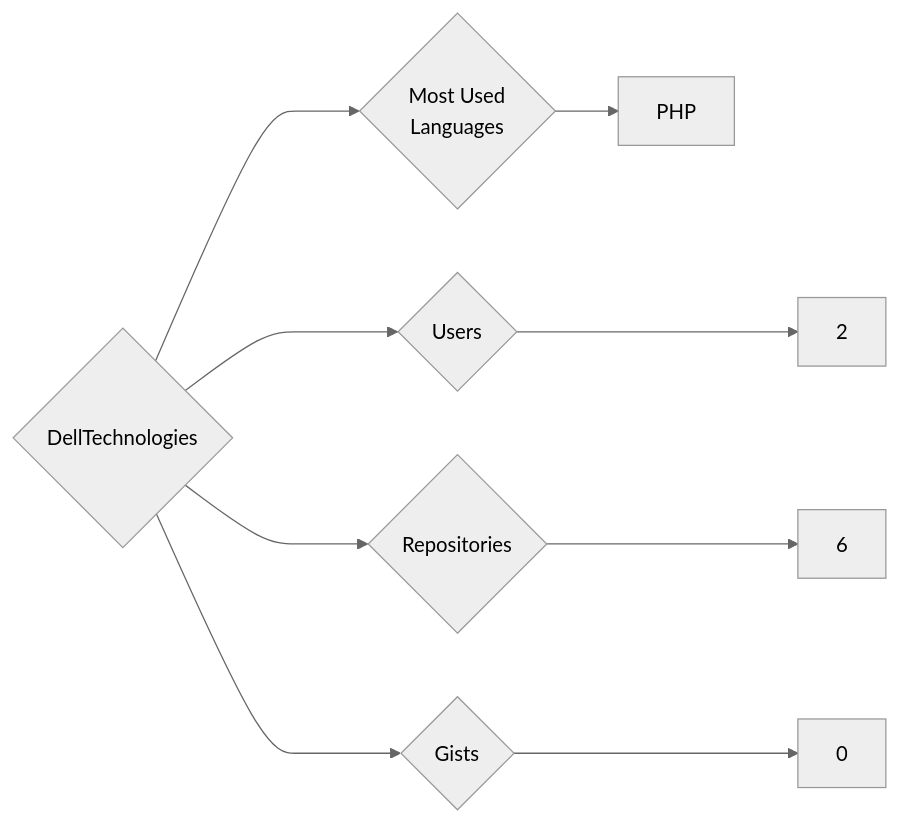
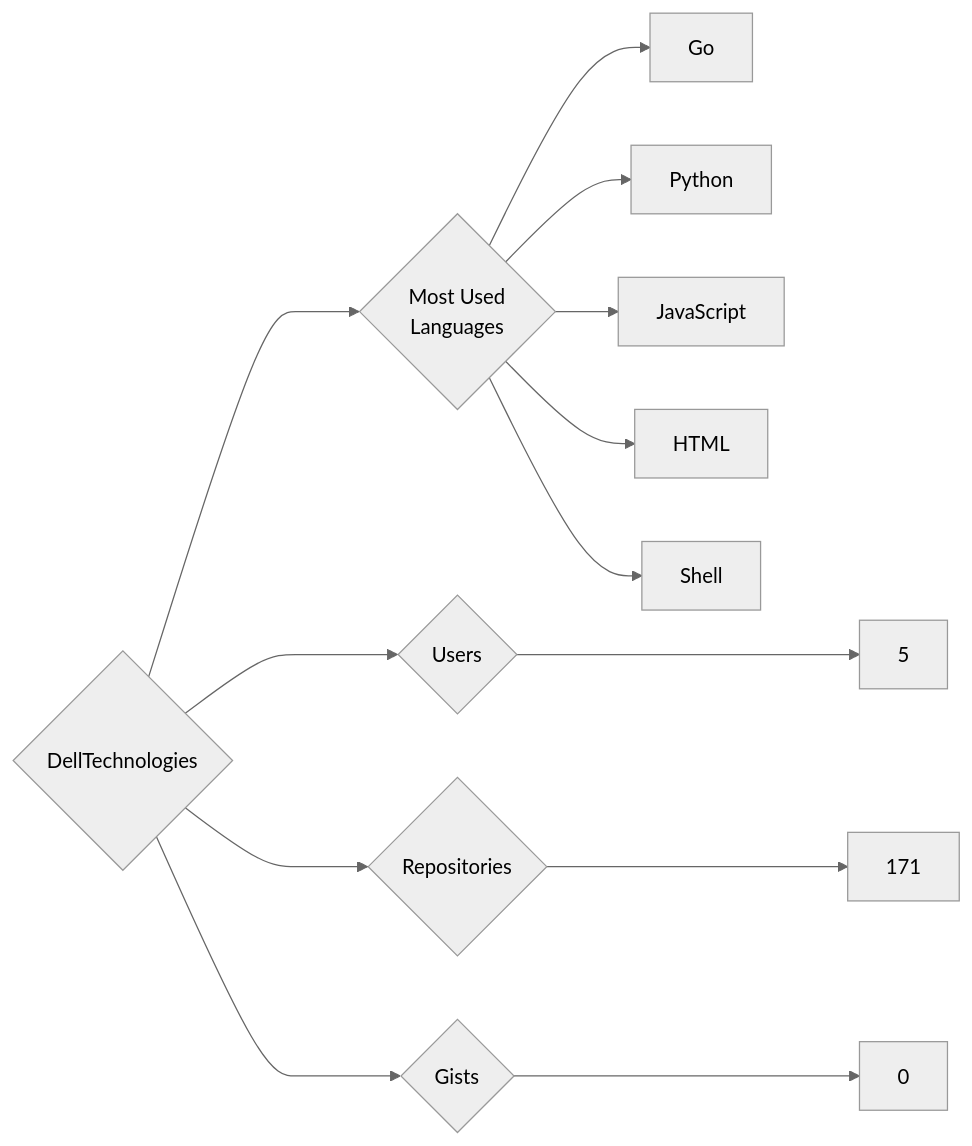
The diagram in targets/DellTechnologies/README.md (trickest/insiders), drawn with Mermaid (neutral theme) before and after one commit. The commit also changed 1238 other files, not shown here.

````diff
--- a/targets/DellTechnologies/README.md
+++ b/targets/DellTechnologies/README.md
@@ -3,9 +3,13 @@
 ```mermaid
 graph LR
 COMPANY_NAME{DellTechnologies}
-COMPANY_NAME ---> U{Users} ---> UN[2]
-COMPANY_NAME ---> R{Repositories} ---> RN[6]
+COMPANY_NAME ---> U{Users} ---> UN[5]
+COMPANY_NAME ---> R{Repositories} ---> RN[171]
 COMPANY_NAME ---> G{Gists} ---> GN[0]
 COMPANY_NAME ---> ML{Most Used<br>Languages}
-ML --> PHP[PHP]
+ML --> Go[Go]
+ML --> Python[Python]
+ML --> JavaScript[JavaScript]
+ML --> HTML[HTML]
+ML --> Shell[Shell]
 ```
````
